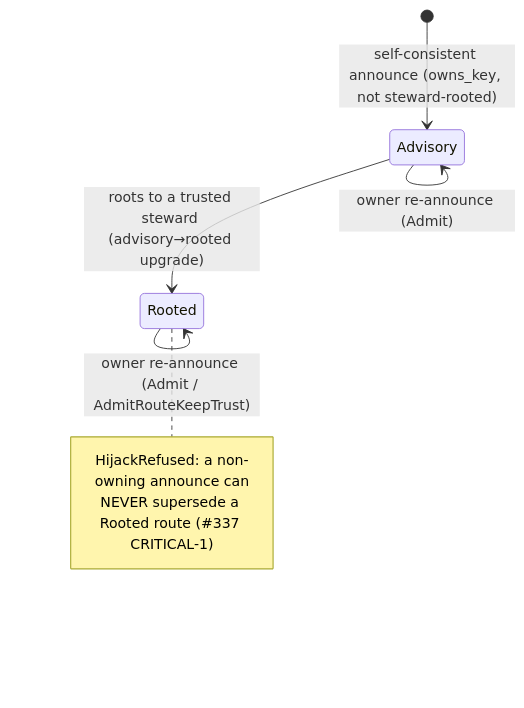
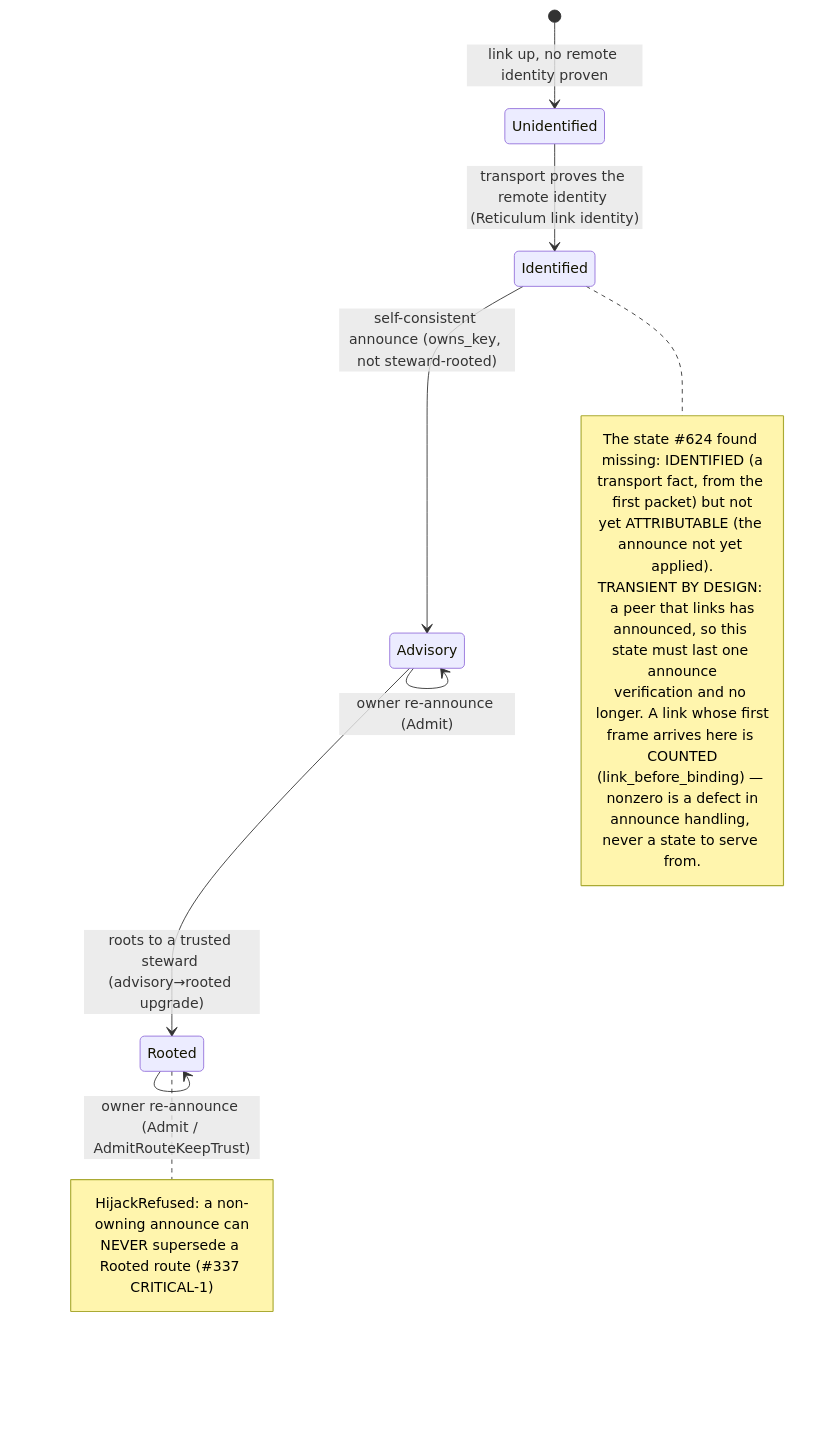
Before and after one commit to CIRISAI/CIRISEdge: the third of 3 diagrams in FSD/CIRIS_EDGE_TRANSPORT.md, drawn with Mermaid. The commit also changed other lines of this file, not shown here.

First line of the commit message:
docs(624): the link-state table — identification is not attribution; the transport identity derives from the node key (#625)

````diff
--- a/FSD/CIRIS_EDGE_TRANSPORT.md
+++ b/FSD/CIRIS_EDGE_TRANSPORT.md
@@ -379,11 +379,24 @@
 ```mermaid
 stateDiagram-v2
-    [*] --> Advisory: self-consistent announce (owns_key, not steward-rooted)
+    [*] --> Unidentified: link up, no remote identity proven
+    Unidentified --> Identified: transport proves the remote identity (Reticulum link identity)
+    Identified --> Advisory: self-consistent announce (owns_key, not steward-rooted)
     Advisory --> Rooted: roots to a trusted steward (advisory→rooted upgrade)
     Rooted --> Rooted: owner re-announce (Admit / AdmitRouteKeepTrust)
     Advisory --> Advisory: owner re-announce (Admit)
+    note right of Identified
+        The state #624 found missing: IDENTIFIED (a
+        transport fact, from the first packet) but not
+        yet ATTRIBUTABLE (the announce not yet applied).
+        TRANSIENT BY DESIGN: a peer that links has
+        announced, so this state must last one announce
+        verification and no longer. A link whose first
+        frame arrives here is COUNTED
+        (link_before_binding) — nonzero is a defect in
+        announce handling, never a state to serve from.
+    end note
     note right of Rooted
         HijackRefused: a non-owning announce can
         NEVER supersede a Rooted route (#337 CRITICAL-1)
     end note
 ```
````
